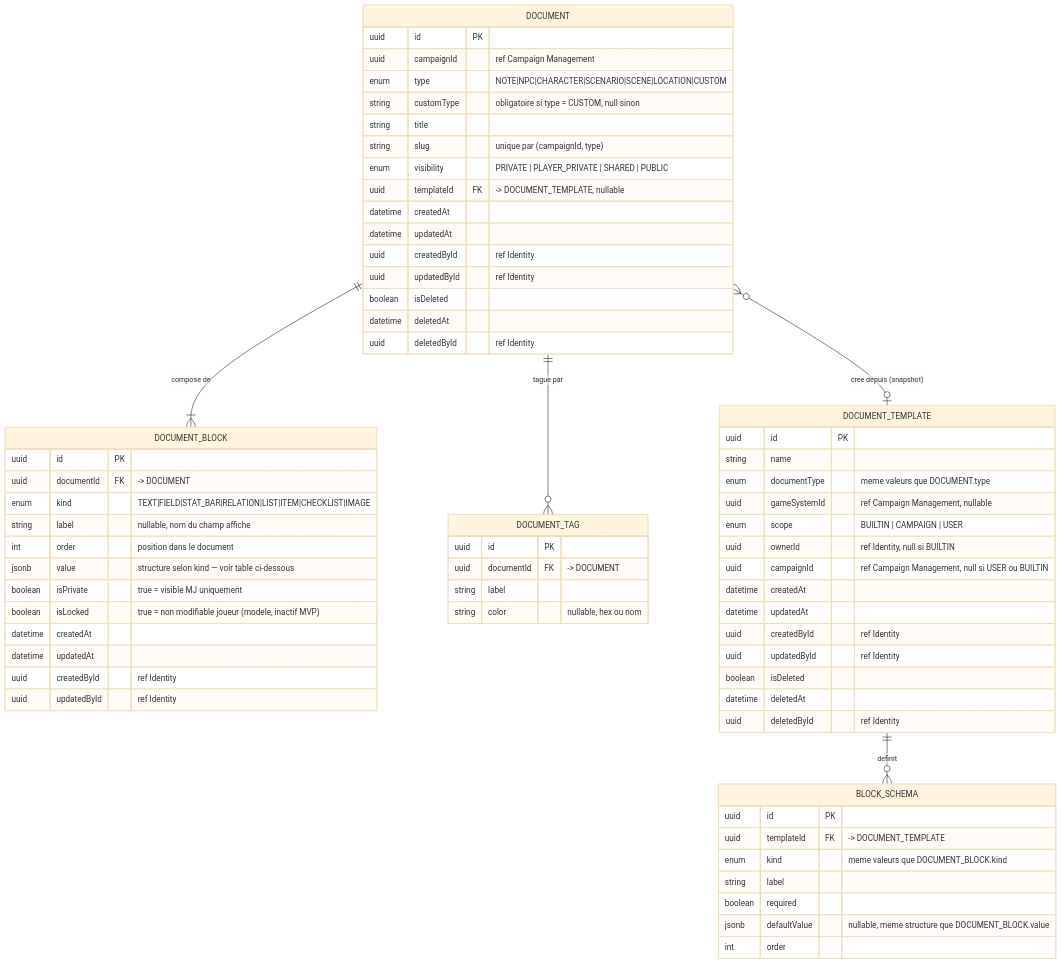
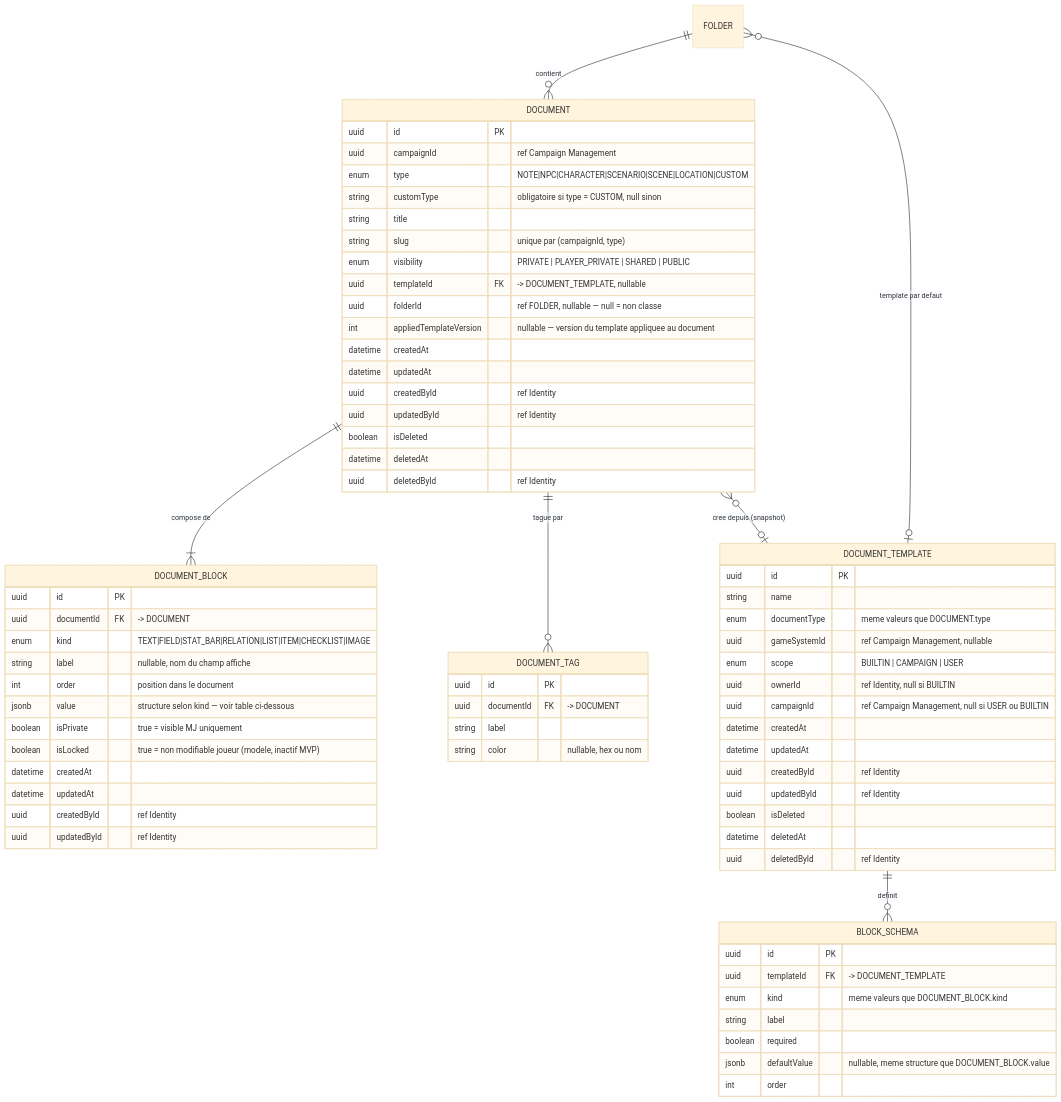
The fourth of 7 diagrams in docs/conception/MCD.md (2025-10-CDA-ECO-P6/PM-micro-saas), drawn with Mermaid (base theme) before and after one commit. The commit also changed other lines of this file and 28 other files, not shown here.

````diff
--- a/docs/conception/MCD.md
+++ b/docs/conception/MCD.md
@@ -217,69 +219,73 @@
 ```mermaid
 erDiagram
     DOCUMENT {
         uuid id PK
         uuid campaignId "ref Campaign Management"
         enum type "NOTE|NPC|CHARACTER|SCENARIO|SCENE|LOCATION|CUSTOM"
         string customType "obligatoire si type = CUSTOM, null sinon"
         string title
         string slug "unique par (campaignId, type)"
         enum visibility "PRIVATE | PLAYER_PRIVATE | SHARED | PUBLIC"
         uuid templateId FK "-> DOCUMENT_TEMPLATE, nullable"
+        uuid folderId "ref FOLDER, nullable — null = non classe"
+        int appliedTemplateVersion "nullable — version du template appliquee au document"
         datetime createdAt
         datetime updatedAt
         uuid createdById "ref Identity"
         uuid updatedById "ref Identity"
         boolean isDeleted
         datetime deletedAt
         uuid deletedById "ref Identity"
     }
     DOCUMENT_BLOCK {
         uuid id PK
         uuid documentId FK "-> DOCUMENT"
         enum kind "TEXT|FIELD|STAT_BAR|RELATION|LIST|ITEM|CHECKLIST|IMAGE"
         string label "nullable, nom du champ affiche"
         int order "position dans le document"
         jsonb value "structure selon kind — voir table ci-dessous"
         boolean isPrivate "true = visible MJ uniquement"
         boolean isLocked "true = non modifiable joueur (modele, inactif MVP)"
         datetime createdAt
         datetime updatedAt
         uuid createdById "ref Identity"
         uuid updatedById "ref Identity"
     }
     DOCUMENT_TAG {
         uuid id PK
         uuid documentId FK "-> DOCUMENT"
         string label
         string color "nullable, hex ou nom"
     }
     DOCUMENT_TEMPLATE {
         uuid id PK
         string name
         enum documentType "meme valeurs que DOCUMENT.type"
         uuid gameSystemId "ref Campaign Management, nullable"
         enum scope "BUILTIN | CAMPAIGN | USER"
         uuid ownerId "ref Identity, null si BUILTIN"
         uuid campaignId "ref Campaign Management, null si USER ou BUILTIN"
         datetime createdAt
         datetime updatedAt
         uuid createdById "ref Identity"
         uuid updatedById "ref Identity"
         boolean isDeleted
         datetime deletedAt
         uuid deletedById "ref Identity"
     }
     BLOCK_SCHEMA {
         uuid id PK
         uuid templateId FK "-> DOCUMENT_TEMPLATE"
         enum kind "meme valeurs que DOCUMENT_BLOCK.kind"
         string label
         boolean required
         jsonb defaultValue "nullable, meme structure que DOCUMENT_BLOCK.value"
         int order
     }
     DOCUMENT ||--|{ DOCUMENT_BLOCK : "compose de"
     DOCUMENT ||--o{ DOCUMENT_TAG : "tague par"
     DOCUMENT }o--o| DOCUMENT_TEMPLATE : "cree depuis (snapshot)"
     DOCUMENT_TEMPLATE ||--o{ BLOCK_SCHEMA : "definit"
+    FOLDER ||--o{ DOCUMENT : "contient"
+    FOLDER }o--o| DOCUMENT_TEMPLATE : "template par defaut"
 ```
````
